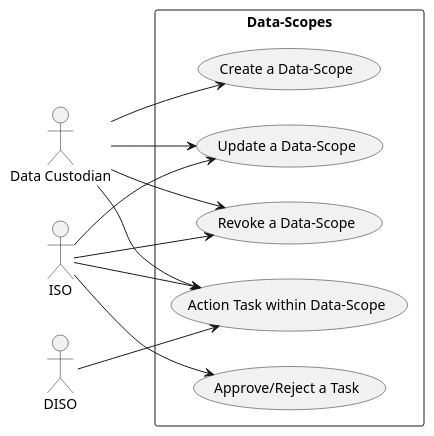
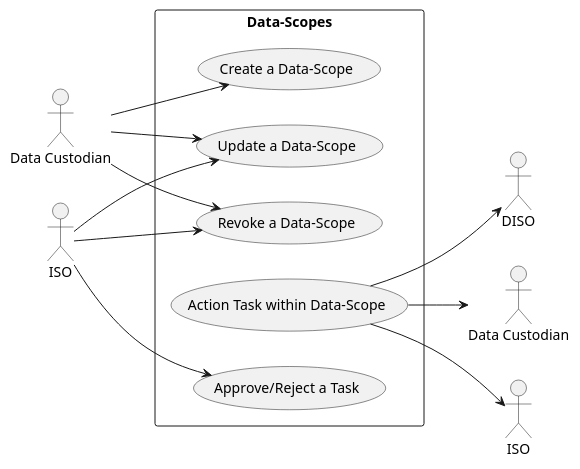
The diagram in Documentation/Diagrams/Data-Scope's.puml (COS301-SE-2023/InfoSafe), drawn with PlantUML before and after one commit.

Commit message:
Added secondary actors

```diff
--- a/Documentation/Diagrams/Data-Scope's.puml
+++ b/Documentation/Diagrams/Data-Scope's.puml
@@ -1,22 +1,22 @@
 @startuml
 left to right direction
 actor "Data Custodian" as ds
 actor "ISO" as iso
 actor "DISO" as diso
 rectangle Data-Scopes {
   usecase "Create a Data-Scope" as UC1
   usecase "Update a Data-Scope" as UC2
   usecase "Revoke a Data-Scope" as UC3
   usecase "Action Task within Data-Scope" as UC4
   usecase "Approve/Reject a Task" as UC5
 }
 ds --> UC1
 ds --> UC2
 ds --> UC3
-ds --> UC4
 iso --> UC2
 iso --> UC3
-iso --> UC4
 iso --> UC5
-diso --> UC4
+UC4 --> "Data Custodian"
+UC4 --> "ISO"
+UC4 --> diso
 @enduml
```
